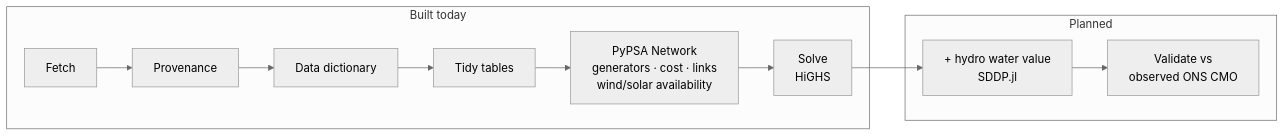
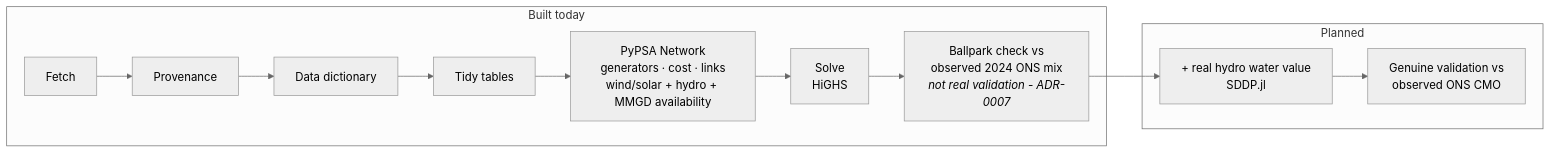
Before and after one commit to leonardovbonatto/pypsa-meets-brazil: the second of 12 diagrams in docs/STACK.md, drawn with Mermaid (neutral theme). The commit also changed other lines of this file and 2 other files, not shown here.

````diff
--- a/docs/STACK.md
+++ b/docs/STACK.md
@@ -82,14 +86,15 @@
 ```mermaid
 flowchart LR
     subgraph BUILT["Built today"]
         A["Fetch"] --> B["Provenance"]
         B --> C["Data dictionary"]
         C --> D["Tidy tables"]
-        D --> E["PyPSA Network<br/>generators · cost · links<br/>wind/solar availability"]
+        D --> E["PyPSA Network<br/>generators · cost · links<br/>wind/solar + hydro + MMGD availability"]
         E --> S["Solve<br/>HiGHS"]
+        S --> H["Ballpark check vs<br/>observed 2024 ONS mix<br/><i>not real validation - ADR-0007</i>"]
     end
     subgraph PLANNED["Planned"]
-        F["+ hydro water value<br/>SDDP.jl"] --> G["Validate vs<br/>observed ONS CMO"]
+        F["+ real hydro water value<br/>SDDP.jl"] --> G["Genuine validation vs<br/>observed ONS CMO"]
     end
-    S --> F
+    H --> F
 ```
````
